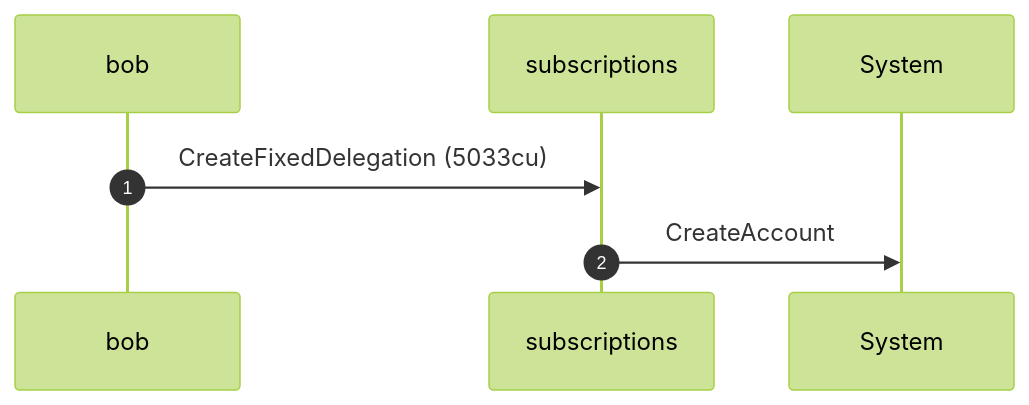
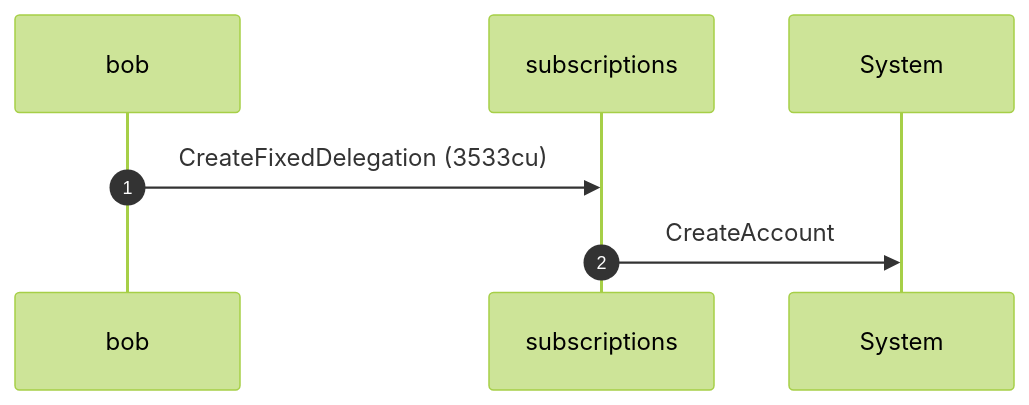
Before and after one commit to cds-rs/subscriptions: diagram 13 of 16 in dsl_tests/fixed-transfer-delegator-mismatch-exploit-is-blocked.md, drawn with Mermaid (forest theme). The commit also changed other lines of this file and 224 other files, not shown here.

````diff
--- a/dsl_tests/fixed-transfer-delegator-mismatch-exploit-is-blocked.md
+++ b/dsl_tests/fixed-transfer-delegator-mismatch-exploit-is-blocked.md
@@ -260,9 +274,9 @@
 ```mermaid
 sequenceDiagram
     autonumber
     participant bob
     participant subscriptions
     participant System
-    bob ->> subscriptions: CreateFixedDelegation (5033cu)
+    bob ->> subscriptions: CreateFixedDelegation (3533cu)
     subscriptions ->> System: CreateAccount
 ```
````
